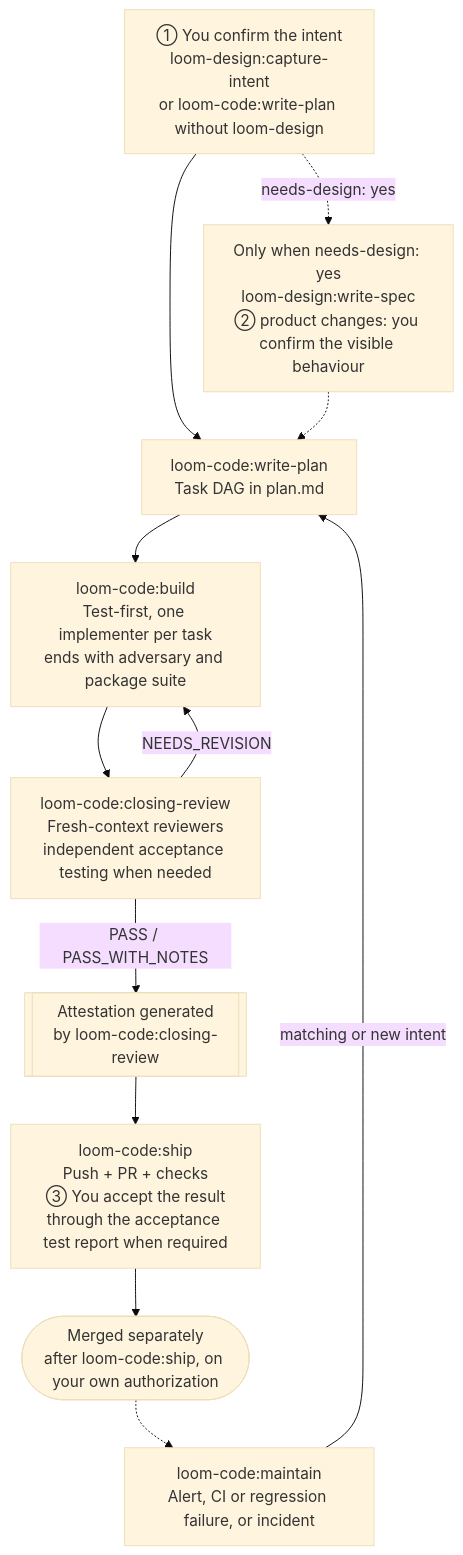
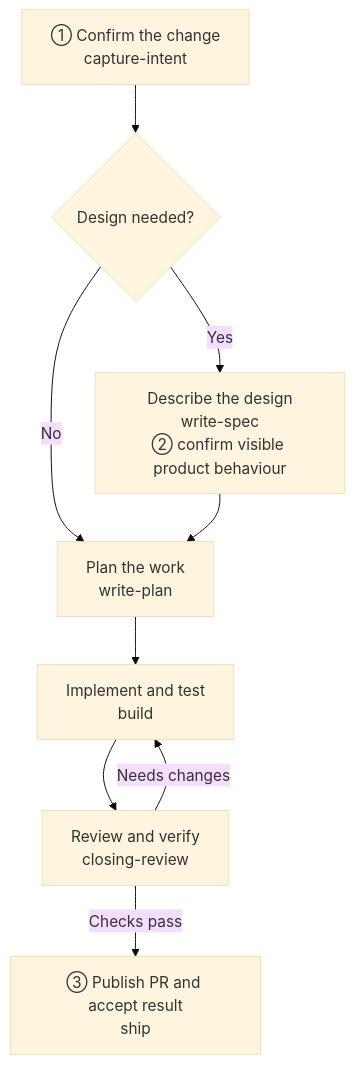
The diagram in loom-code/README.md (kouko/loom-plugins), drawn with Mermaid (base theme) before and after one commit. The commit also changed other lines of this file and 9 other files, not shown here.

First line of the commit message:
docs: separate README flows from workflow tool catalogs

````diff
--- a/loom-code/README.md
+++ b/loom-code/README.md
@@ -19,24 +19,19 @@
 ```mermaid
 flowchart TD
-    intent["① You confirm the intent<br/>loom-design:capture-intent<br/>or loom-code:write-plan without loom-design"]
-    spec["Only when needs-design: yes<br/>loom-design:write-spec<br/>② product changes: you confirm the visible behaviour"]
-    plan["loom-code:write-plan<br/>Task DAG in plan.md"]
-    build["loom-code:build<br/>Test-first, one implementer per task<br/>ends with adversary and package suite"]
-    review["loom-code:closing-review<br/>Fresh-context reviewers<br/>independent acceptance testing when needed"]
-    attest[["Attestation generated<br/>by loom-code:closing-review"]]
-    ship["loom-code:ship<br/>Push + PR + checks<br/>③ You accept the result<br/>through the acceptance test report when required"]
-    merged(["Merged separately<br/>after loom-code:ship, on your own authorization"])
-    maintain["loom-code:maintain<br/>Alert, CI or regression failure, or incident"]
+    intent["① Confirm the change<br/>capture-intent"]
+    design{"Design needed?"}
+    spec["Describe the design<br/>write-spec<br/>② confirm visible product behaviour"]
+    plan["Plan the work<br/>write-plan"]
+    build["Implement and test<br/>build"]
+    review["Review and verify<br/>closing-review"]
+    ship["③ Publish PR and accept result<br/>ship"]
 
-    intent --> plan
-    intent -.->|"needs-design: yes"| spec
-    spec -.-> plan
+    intent --> design
+    design -->|"Yes"| spec
+    design -->|"No"| plan
+    spec --> plan
     plan --> build
     build --> review
-    review -->|"NEEDS_REVISION"| build
-    review -->|"PASS / PASS_WITH_NOTES"| attest
-    attest --> ship
-    ship --> merged
-    merged -.-> maintain
-    maintain -->|"matching or new intent"| plan
+    review -->|"Needs changes"| build
+    review -->|"Checks pass"| ship
 ```
````
